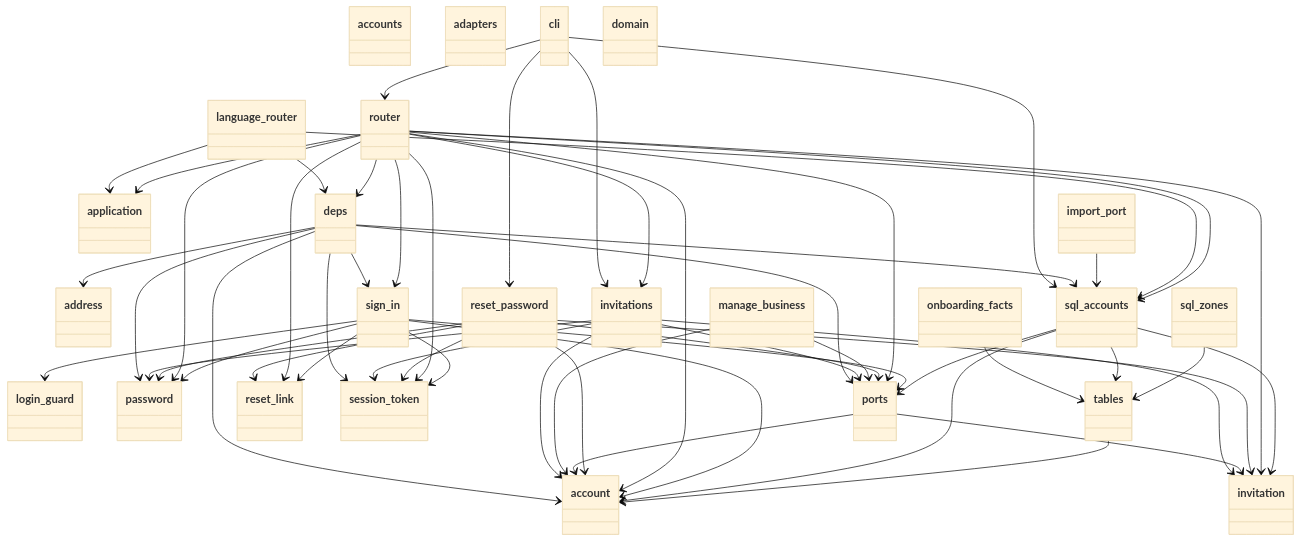
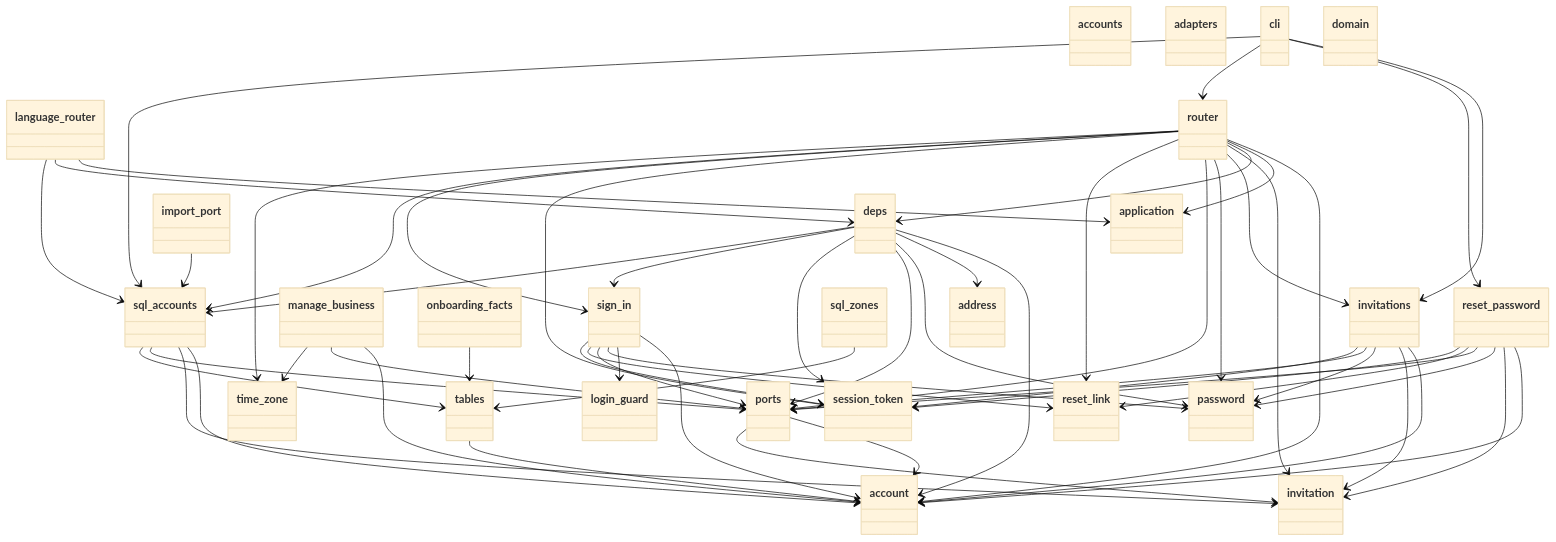
Before and after one commit to GonzaloZevallos/apostrophe: the first of 4 diagrams in docs/architecture/generated/classes/accounts.md, drawn with Mermaid (base theme). The commit also changed other lines of this file and 10 other files, not shown here.

First line of the commit message:
Export the stored time zone and join the isolation sweep

```diff
--- a/docs/architecture/generated/classes/accounts.md
+++ b/docs/architecture/generated/classes/accounts.md
@@ -56,6 +56,8 @@
   }
   class tables {
   }
+  class time_zone {
+  }
   cli --> invitations
   cli --> reset_password
   cli --> router
@@ -78,6 +80,7 @@
   language_router --> sql_accounts
   manage_business --> account
   manage_business --> ports
+  manage_business --> time_zone
   onboarding_facts --> tables
   ports --> account
   ports --> invitation
@@ -98,6 +101,7 @@
   router --> session_token
   router --> sign_in
   router --> sql_accounts
+  router --> time_zone
   sign_in --> account
   sign_in --> login_guard
   sign_in --> password
```
